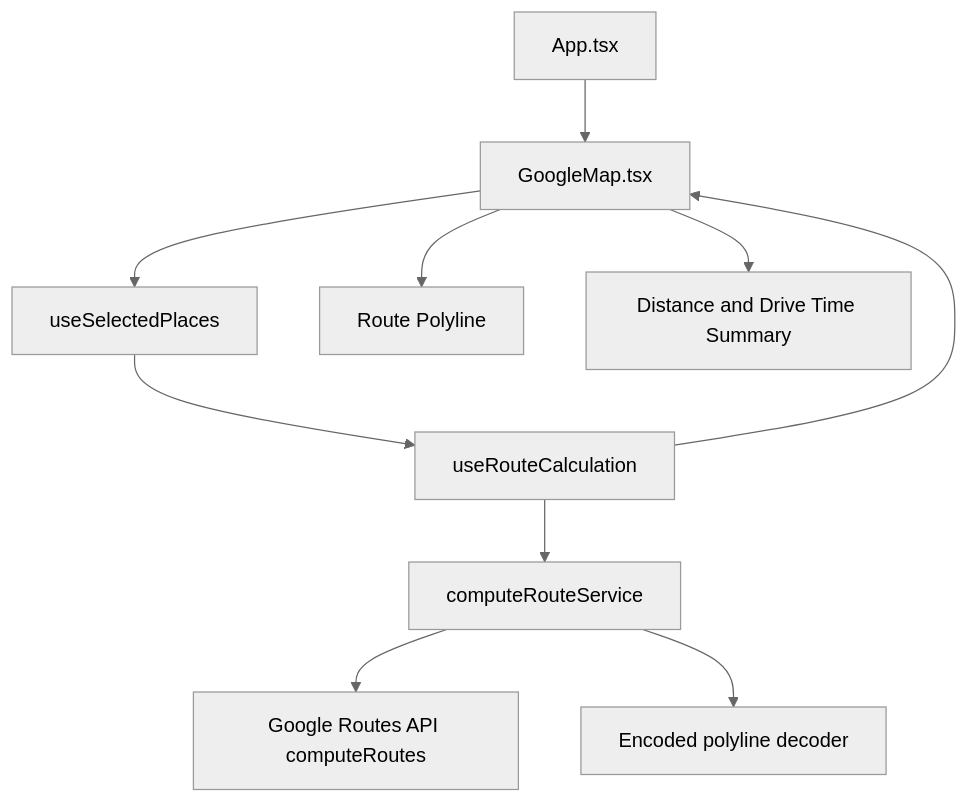
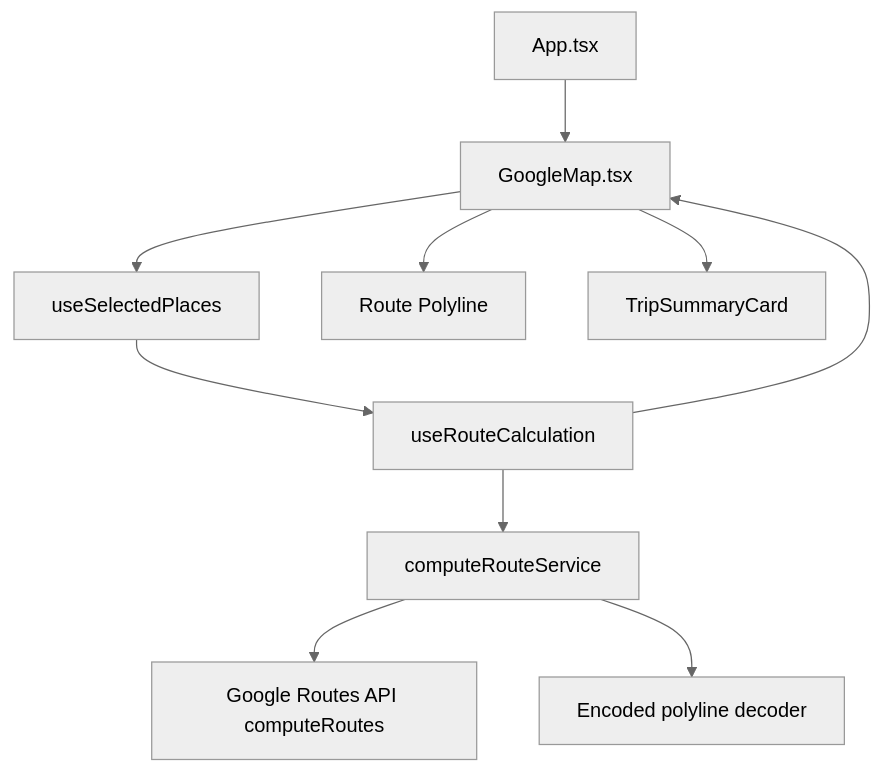
The first of 2 diagrams in docs/google-maps/phase-3.md (damameet14/Raahi), drawn with Mermaid (neutral theme) before and after one commit. The commit also changed other lines of this file and 8 other files, not shown here.

````diff
--- a/docs/google-maps/phase-3.md
+++ b/docs/google-maps/phase-3.md
@@ -22,12 +23,12 @@
 ```mermaid
 flowchart TD
   App["App.tsx"] --> Map["GoogleMap.tsx"]
   Map --> Store["useSelectedPlaces"]
   Store --> RouteHook["useRouteCalculation"]
   RouteHook --> RoutesService["computeRouteService"]
   RoutesService --> Google["Google Routes API computeRoutes"]
   RoutesService --> Decoder["Encoded polyline decoder"]
   RouteHook --> Map
   Map --> Polyline["Route Polyline"]
-  Map --> Summary["Distance and Drive Time Summary"]
+  Map --> Summary["TripSummaryCard"]
 ```
````
